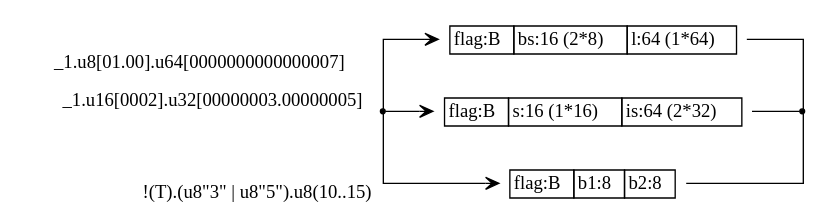
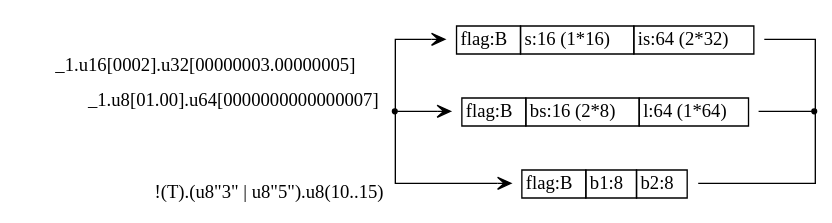
Before and after one commit to sireum/bitcodec-examples: the diagram in src/predunion/complex/predunion-complex-spec.dot, drawn with Graphviz. The commit also changed 4 other files, not shown here.

```diff
--- a/src/predunion/complex/predunion-complex-spec.dot
+++ b/src/predunion/complex/predunion-complex-spec.dot
@@ -1,31 +1,31 @@
 digraph G {
   rankdir = LR;
   graph [splines=ortho];
   node [shape=plaintext];
   edge [arrowhead=vee];
 
   n0 [shape=point];
   n1 [label=<
-    <TABLE BORDER="0" CELLBORDER="1" CELLSPACING="0" TOOLTIP="Foo.baz" HREF="#">
-      <TR><TD>flag:B</TD><TD>bs:16 (2*8)</TD><TD>l:64 (1*64)</TD></TR>
+    <TABLE BORDER="0" CELLBORDER="1" CELLSPACING="0" TOOLTIP="Foo.bazz" HREF="#">
+      <TR><TD>flag:B</TD><TD>s:16 (1*16)</TD><TD>is:64 (2*32)</TD></TR>
     </TABLE>
   >];
   n2 [label=<
-    <TABLE BORDER="0" CELLBORDER="1" CELLSPACING="0" TOOLTIP="Foo.bazz" HREF="#">
-      <TR><TD>flag:B</TD><TD>s:16 (1*16)</TD><TD>is:64 (2*32)</TD></TR>
+    <TABLE BORDER="0" CELLBORDER="1" CELLSPACING="0" TOOLTIP="Foo.baz" HREF="#">
+      <TR><TD>flag:B</TD><TD>bs:16 (2*8)</TD><TD>l:64 (1*64)</TD></TR>
     </TABLE>
   >];
   n3 [label=<
     <TABLE BORDER="0" CELLBORDER="1" CELLSPACING="0" TOOLTIP="Foo.bazzz" HREF="#">
       <TR><TD>flag:B</TD><TD>b1:8</TD><TD>b2:8</TD></TR>
     </TABLE>
   >];
   n4 [shape=point];
 
-  n0 -> n1 [xlabel="_1.u8[01.00].u64[0000000000000007]"];
-  n0 -> n2 [xlabel="_1.u16[0002].u32[00000003.00000005]"];
+  n0 -> n1 [xlabel="_1.u16[0002].u32[00000003.00000005]"];
+  n0 -> n2 [xlabel="_1.u8[01.00].u64[0000000000000007]"];
   n0 -> n3 [xlabel="!(T).(u8\"3\" | u8\"5\").u8(10..15)"];
-  n3 -> n4 [arrowhead=none];
   n2 -> n4 [arrowhead=none];
   n1 -> n4 [arrowhead=none];
+  n3 -> n4 [arrowhead=none];
 }
```
